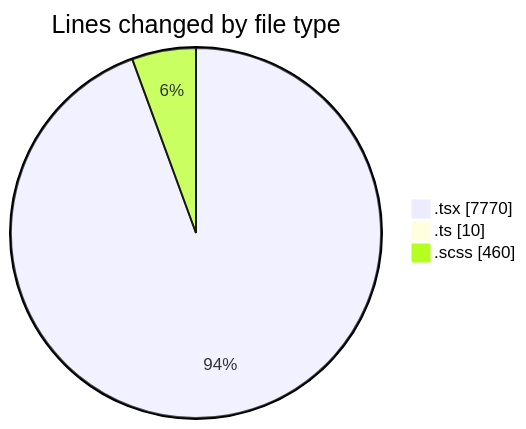
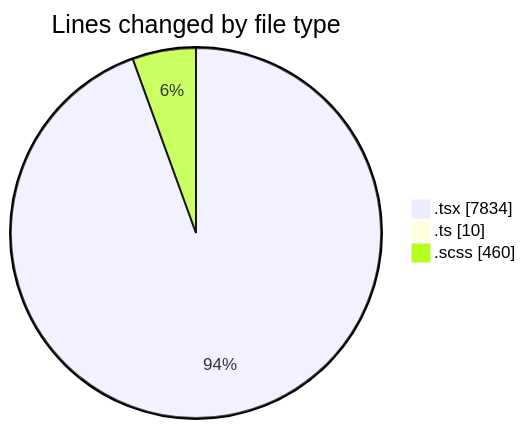
The first of 2 diagrams in 2025-11-17/cda/README.md (momahboobian/code-tracking), drawn with Mermaid before and after one commit. The commit also changed other lines of this file and 1 other file, not shown here.

````diff
--- a/2025-11-17/cda/README.md
+++ b/2025-11-17/cda/README.md
@@ -34,7 +34,7 @@
 ```mermaid
 pie showData
 title Lines changed by file type
-".tsx" : 7770
+".tsx" : 7834
 ".ts" : 10
 ".scss" : 460
 ```
````
